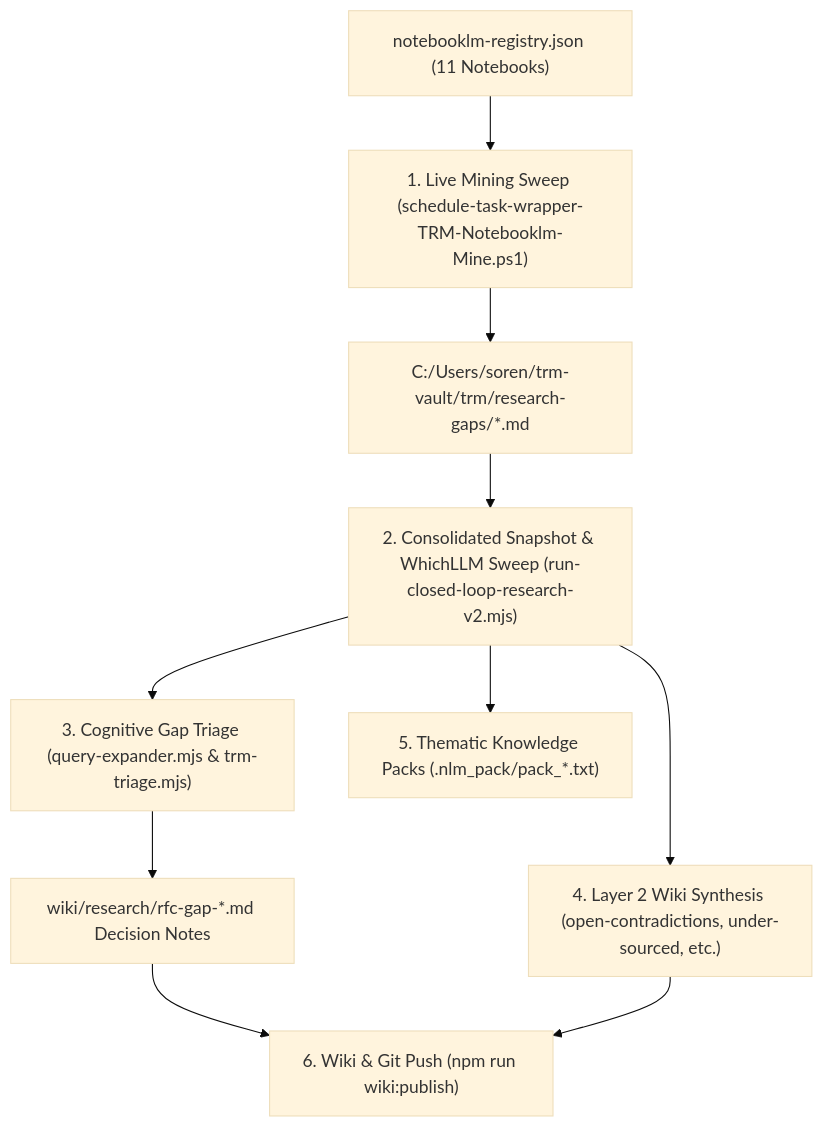
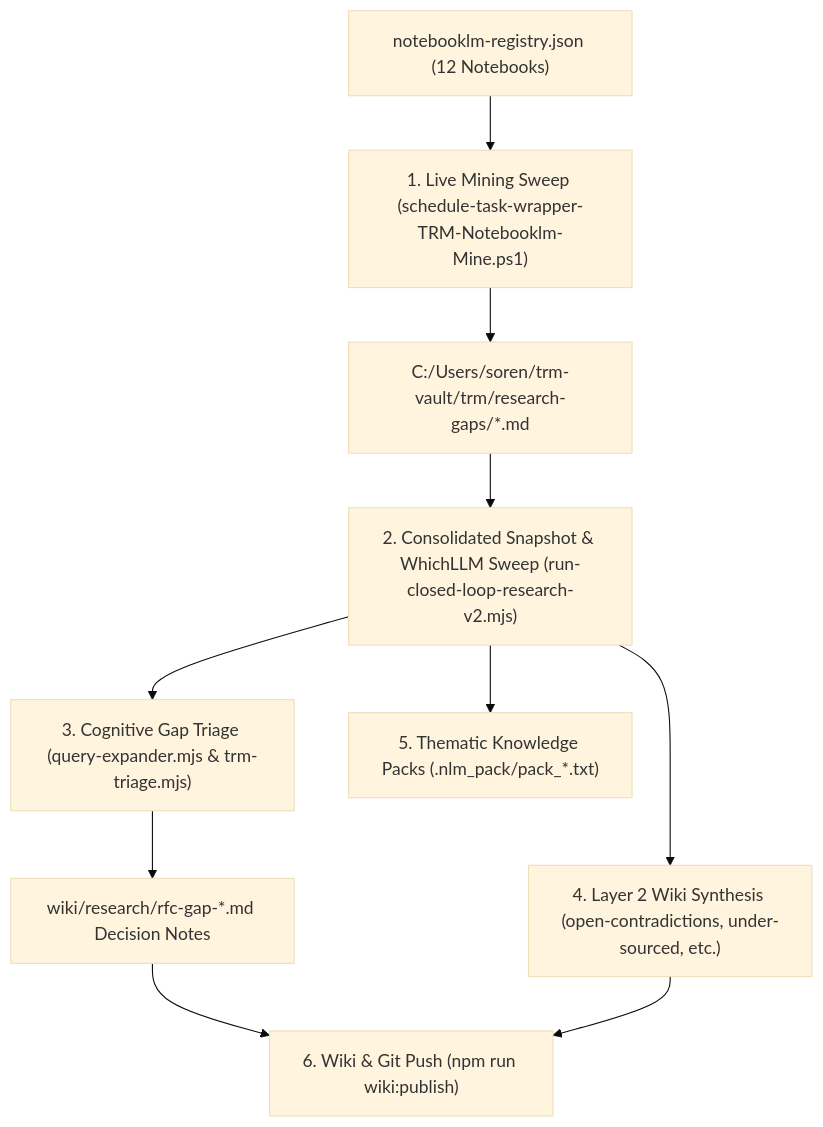
The diagram in skills/trm-closed-loop-research/SKILL.md (sorensencc-dotcom/toolforge), drawn with Mermaid (base theme) before and after one commit. The commit also changed other lines of this file and 157 other files, not shown here.

````diff
--- a/skills/trm-closed-loop-research/SKILL.md
+++ b/skills/trm-closed-loop-research/SKILL.md
@@ -20,11 +20,11 @@
 ```mermaid
 flowchart TD
-    A["notebooklm-registry.json (11 Notebooks)"] --> B["1. Live Mining Sweep (schedule-task-wrapper-TRM-Notebooklm-Mine.ps1)"]
+    A["notebooklm-registry.json (12 Notebooks)"] --> B["1. Live Mining Sweep (schedule-task-wrapper-TRM-Notebooklm-Mine.ps1)"]
     B --> C["C:/Users/soren/trm-vault/trm/research-gaps/*.md"]
     C --> D["2. Consolidated Snapshot & WhichLLM Sweep (run-closed-loop-research-v2.mjs)"]
     D --> E["3. Cognitive Gap Triage (query-expander.mjs & trm-triage.mjs)"]
     E --> F["wiki/research/rfc-gap-*.md Decision Notes"]
     D --> G["4. Layer 2 Wiki Synthesis (open-contradictions, under-sourced, etc.)"]
     D --> H["5. Thematic Knowledge Packs (.nlm_pack/pack_*.txt)"]
     F & G --> I["6. Wiki & Git Push (npm run wiki:publish)"]
 ```
````
